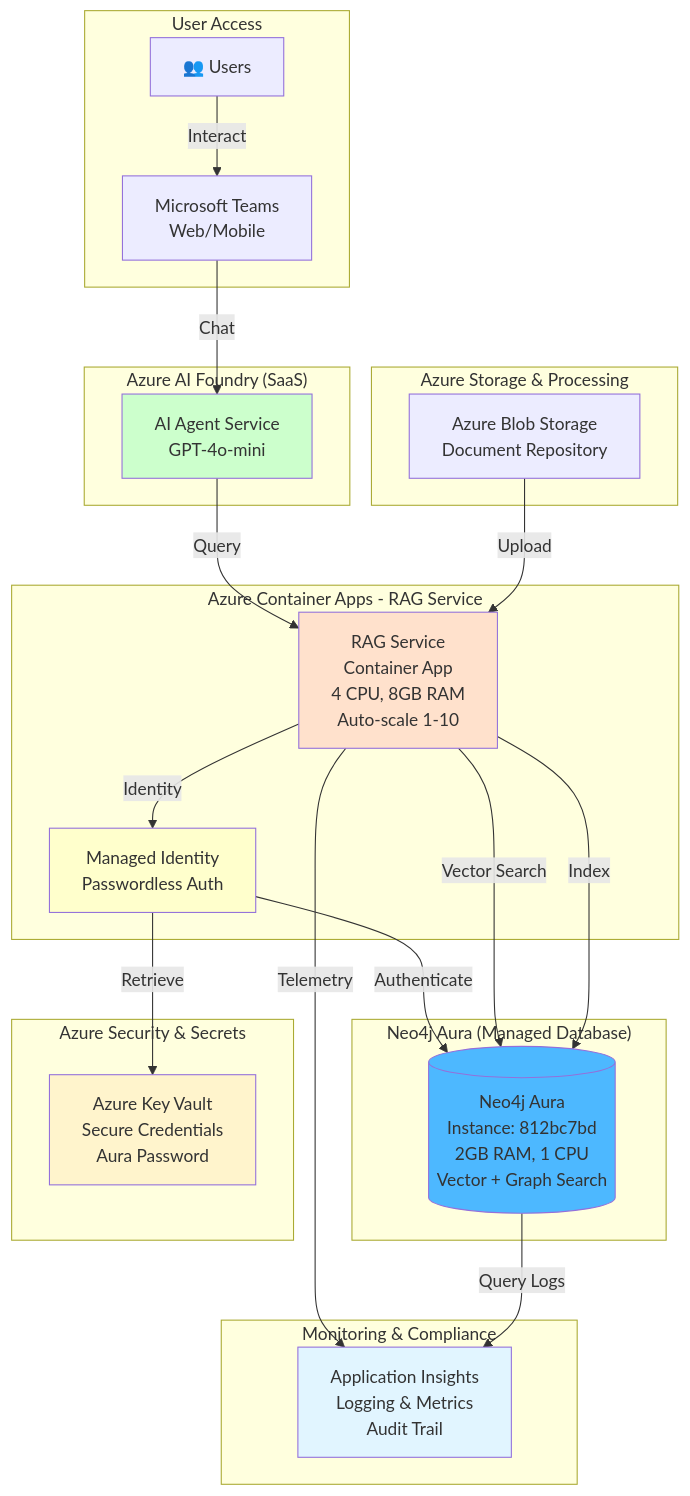
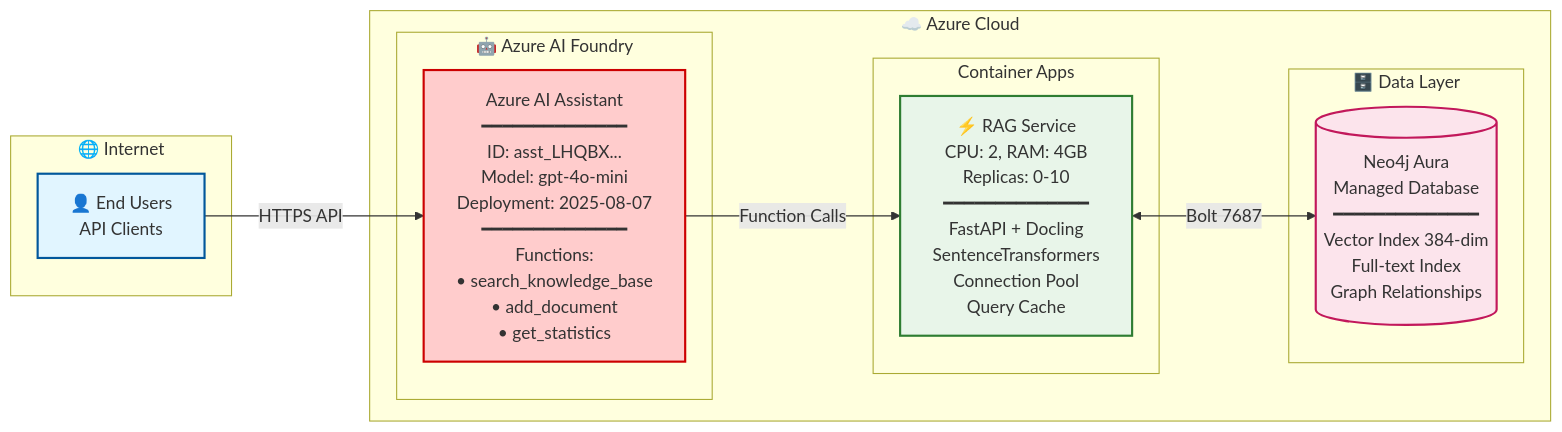
The second of 2 diagrams in README.md (ma3u/neo4j-agentframework), drawn with Mermaid before and after one commit. The commit also changed other lines of this file and 5 other files, not shown here.

First line of the commit message:
Update README with Azure AI Foundry architecture and enhanced content

````diff
--- a/README.md
+++ b/README.md
@@ -112,54 +76,35 @@
 ```mermaid
-graph TB
-    subgraph "User Access"
-        Users[👥 Users]
-        Teams[Microsoft Teams<br/>Web/Mobile]
-        Users -->|Interact| Teams
+graph LR
+    subgraph Internet["🌐 Internet"]
+        USER[👤 End Users<br/>API Clients]
     end
 
-    subgraph "Azure AI Foundry (SaaS)"
-        Agent[AI Agent Service<br/>GPT-4o-mini]
-        Teams -->|Chat| Agent
+    subgraph Azure["☁️ Azure Cloud"]
+        subgraph AIFoundry["🤖 Azure AI Foundry"]
+            ASSISTANT["Azure AI Assistant<br/>━━━━━━━━━━━━━━<br/>ID: asst_LHQBX...<br/>Model: gpt-4o-mini<br/>Deployment: 2025-08-07<br/>━━━━━━━━━━━━━━<br/>Functions:<br/>• search_knowledge_base<br/>• add_document<br/>• get_statistics"]
+        end
+
+        subgraph CAE["Container Apps"]
+            RAG["⚡ RAG Service<br/>CPU: 2, RAM: 4GB<br/>Replicas: 0-10<br/>━━━━━━━━━━━━━━<br/>FastAPI + Docling<br/>SentenceTransformers<br/>Connection Pool<br/>Query Cache"]
+        end
+
+        subgraph Data["🗄️ Data Layer"]
+            AURA[(Neo4j Aura<br/>Managed Database<br/>━━━━━━━━━━━━━━<br/>Vector Index 384-dim<br/>Full-text Index<br/>Graph Relationships)]
+        end
     end
 
-    subgraph "Azure Container Apps - RAG Service"
-        RAGApp[RAG Service<br/>Container App<br/>4 CPU, 8GB RAM<br/>Auto-scale 1-10]
-        ManagedID[Managed Identity<br/>Passwordless Auth]
+    %% Left to Right Flow
+    USER -->|HTTPS API| ASSISTANT
+    ASSISTANT -->|Function Calls| RAG
+    RAG <-->|Bolt 7687| AURA
 
-        Agent -->|Query| RAGApp
-        RAGApp -->|Identity| ManagedID
-    end
+    classDef userClass fill:#e1f5ff,stroke:#01579b,stroke-width:2px
+    classDef assistantClass fill:#ffcccc,stroke:#cc0000,stroke-width:2px
+    classDef containerClass fill:#e8f5e9,stroke:#2e7d32,stroke-width:2px
+    classDef dbClass fill:#fce4ec,stroke:#c2185b,stroke-width:2px
 
-    subgraph "Neo4j Aura (Managed Database)"
-        AuraDB[(Neo4j Aura<br/>Instance: 812bc7bd<br/>2GB RAM, 1 CPU<br/>Vector + Graph Search)]
-
-        ManagedID -->|Authenticate| AuraDB
-        RAGApp -->|Vector Search| AuraDB
-    end
-
-    subgraph "Azure Security & Secrets"
-        KeyVault[Azure Key Vault<br/>Secure Credentials<br/>Aura Password]
-
-        ManagedID -->|Retrieve| KeyVault
-    end
-
-    subgraph "Azure Storage & Processing"
-        BlobStorage[Azure Blob Storage<br/>Document Repository]
-        BlobStorage -->|Upload| RAGApp
-        RAGApp -->|Index| AuraDB
-    end
-
-    subgraph "Monitoring & Compliance"
-        AppInsights[Application Insights<br/>Logging & Metrics<br/>Audit Trail]
-
-        RAGApp -->|Telemetry| AppInsights
-        AuraDB -->|Query Logs| AppInsights
-    end
-
-    style Agent fill:#ccffcc
-    style RAGApp fill:#ffe1cc
-    style AuraDB fill:#4db8ff
-    style KeyVault fill:#fff4cc
-    style ManagedID fill:#ffffcc
-    style AppInsights fill:#e1f5ff
+    class USER userClass
+    class ASSISTANT assistantClass
+    class RAG containerClass
+    class AURA dbClass
 ```
````
